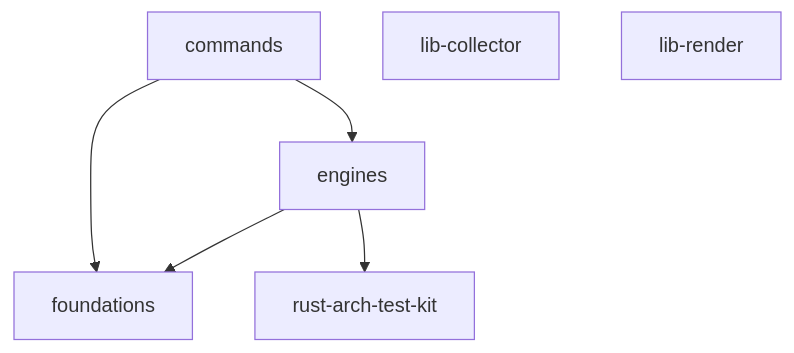
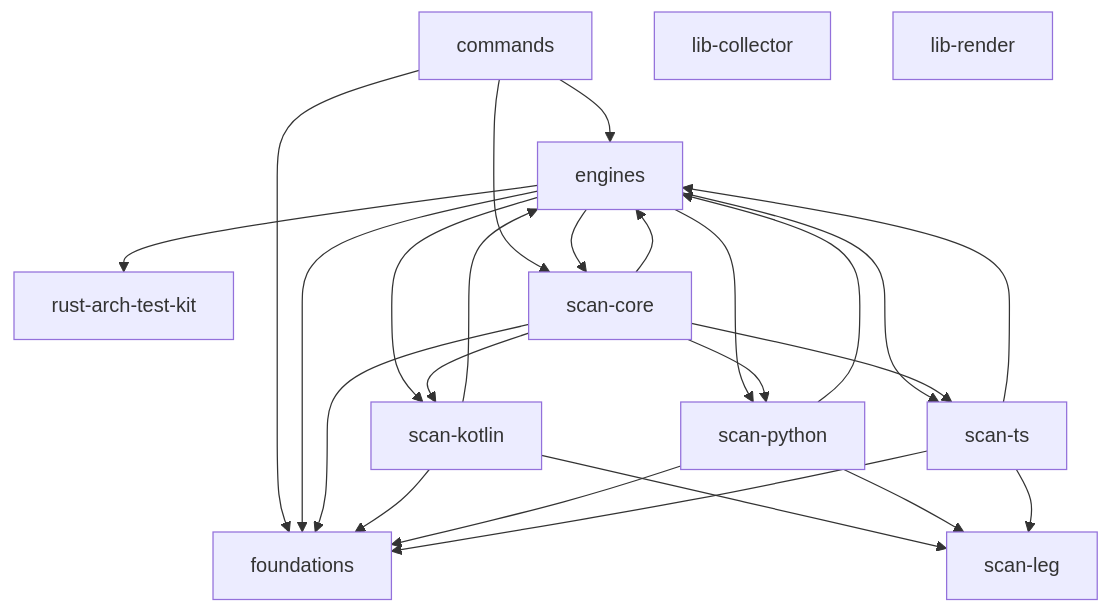
One commit to mateuszwrobel/archspec changed the diagram in docs/archspec/diagram.mmd. Above: the diagram before and after it, drawn with Mermaid. The commit also changed 184 other files, not shown here.

```diff
--- a/docs/archspec/diagram.mmd
+++ b/docs/archspec/diagram.mmd
@@ -1,11 +1,35 @@
 graph TD
   commands
   engines
   foundations
   lib_collector_f6e3372d["lib-collector"]
   lib_render_e7a72dae["lib-render"]
   rust_arch_test_kit_35b16f27["rust-arch-test-kit"]
+  scan_core_15ce7974["scan-core"]
+  scan_kotlin_bbaecaa3["scan-kotlin"]
+  scan_leg_9104ed81["scan-leg"]
+  scan_python_3afe26b9["scan-python"]
+  scan_ts_333931d0["scan-ts"]
   commands --> engines
   commands --> foundations
+  commands --> scan_core_15ce7974
   engines --> foundations
   engines --> rust_arch_test_kit_35b16f27
+  engines --> scan_core_15ce7974
+  engines --> scan_kotlin_bbaecaa3
+  engines --> scan_python_3afe26b9
+  engines --> scan_ts_333931d0
+  scan_core_15ce7974 --> engines
+  scan_core_15ce7974 --> foundations
+  scan_core_15ce7974 --> scan_kotlin_bbaecaa3
+  scan_core_15ce7974 --> scan_python_3afe26b9
+  scan_core_15ce7974 --> scan_ts_333931d0
+  scan_kotlin_bbaecaa3 --> engines
+  scan_kotlin_bbaecaa3 --> foundations
+  scan_kotlin_bbaecaa3 --> scan_leg_9104ed81
+  scan_python_3afe26b9 --> engines
+  scan_python_3afe26b9 --> foundations
+  scan_python_3afe26b9 --> scan_leg_9104ed81
+  scan_ts_333931d0 --> engines
+  scan_ts_333931d0 --> foundations
+  scan_ts_333931d0 --> scan_leg_9104ed81
```
